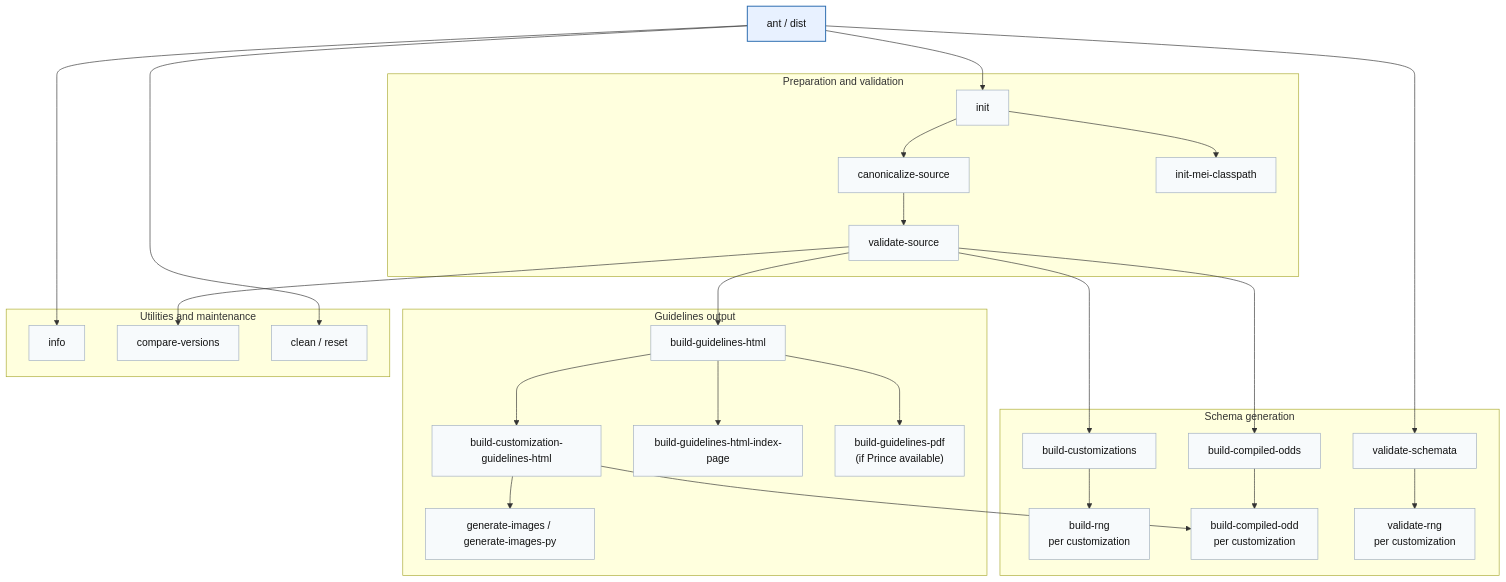
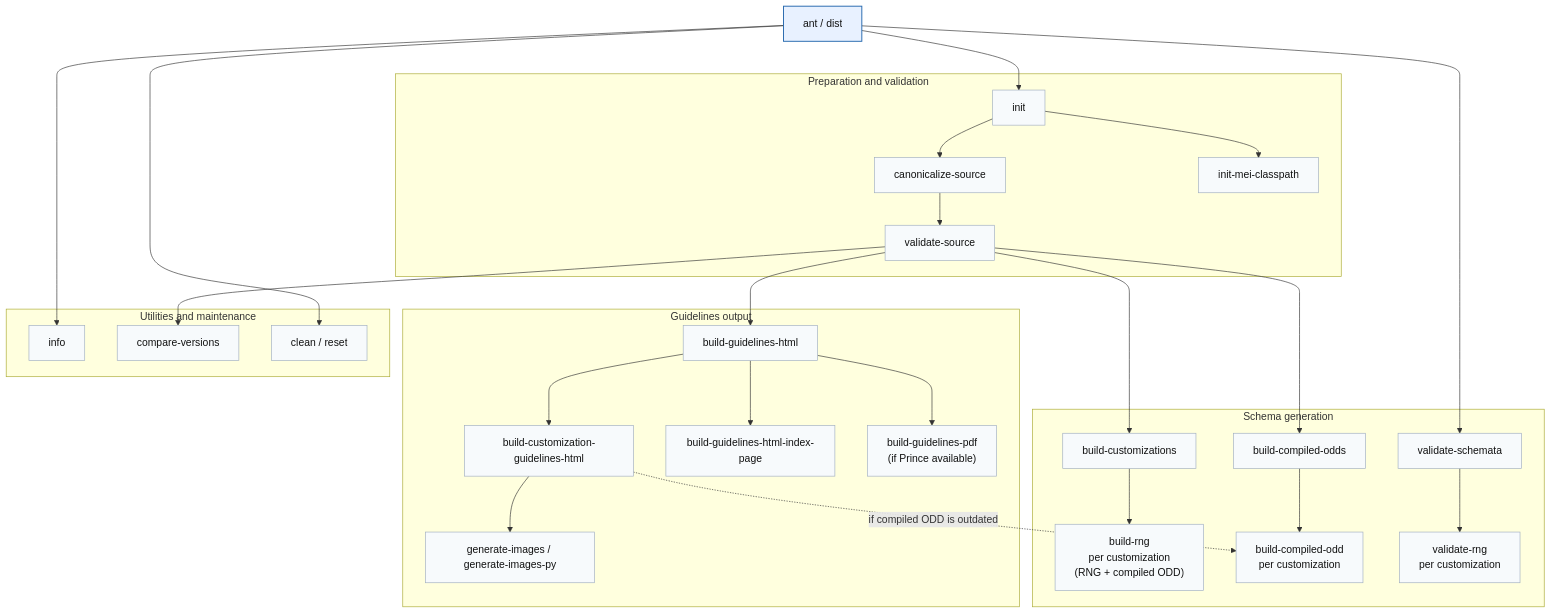
One commit to music-encoding/music-encoding changed the diagram in BUILD_COMMANDLINE.md. Above: the diagram before and after it, drawn with Mermaid. The commit also changed other lines of this file and 2 other files, not shown here.

First line of the commit message:
build: reuse compiled ODD from build-rng

````diff
--- a/BUILD_COMMANDLINE.md
+++ b/BUILD_COMMANDLINE.md
@@ -146,62 +146,62 @@
 ```mermaid
 flowchart TD
     DIST["ant / dist"]:::primary
 
     subgraph PREP["Preparation and validation"]
         CANON["canonicalize-source"]
         VALID["validate-source"]
         INIT["init"]
         CLP["init-mei-classpath"]
     end
 
     subgraph SCHEMA["Schema generation"]
         RNGS["build-customizations"]
         ODDS["build-compiled-odds"]
-        RNG_CUS["build-rng\nper customization"]
+        RNG_CUS["build-rng\nper customization\n(RNG + compiled ODD)"]
         ODD_CUS["build-compiled-odd\nper customization"]
         VALID_SCH["validate-schemata"]
         VALID_CUS["validate-rng\nper customization"]
     end
 
     subgraph DOCS["Guidelines output"]
         HTML["build-guidelines-html"]
         HTML_CUS["build-customization-guidelines-html"]
         IDX["build-guidelines-html-index-page"]
         PDF["build-guidelines-pdf\n(if Prince available)"]
         IMG["generate-images / generate-images-py"]
     end
 
     subgraph UTIL["Utilities and maintenance"]
         INFO["info"]
         COMP["compare-versions"]
         CLEAN["clean / reset"]
     end
 
     DIST --> INIT
     INIT --> CLP
     INIT --> CANON
     CANON --> VALID
 
     VALID --> RNGS
     VALID --> ODDS
     VALID --> HTML
     VALID --> COMP
 
     RNGS --> RNG_CUS
     DIST --> VALID_SCH
     VALID_SCH --> VALID_CUS
     ODDS --> ODD_CUS
     HTML --> HTML_CUS
-    HTML_CUS --> ODD_CUS
+    HTML_CUS -. "if compiled ODD is outdated" .-> ODD_CUS
     HTML_CUS --> IMG
     HTML --> IDX
     HTML --> PDF
 
     DIST --> INFO
     DIST --> CLEAN
 
     classDef primary fill:#e8f1ff,stroke:#2b6cb0,stroke-width:1.5px,color:#111;
     classDef default fill:#f7fafc,stroke:#a0aec0,stroke-width:1px,color:#111;
     class DIST primary;
     class CANON,VALID,INIT,CLP,RNGS,ODDS,RNG_CUS,ODD_CUS,VALID_SCH,VALID_CUS,HTML,HTML_CUS,IDX,PDF,IMG,INFO,COMP,CLEAN default;
 ```
````
